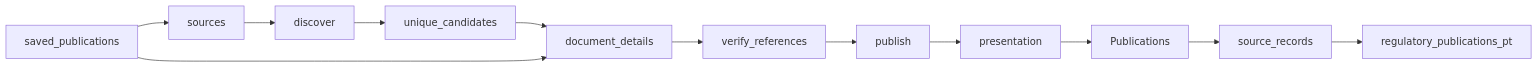
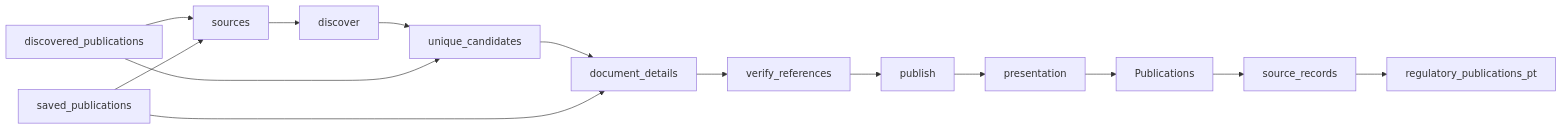
Before and after one commit to jsonifyco/public-datasets: the diagram in datasets/regulatory-radar-pt-54c83384de63/README.md, drawn with Mermaid. The commit also changed other lines of this file and 4 other files, not shown here.

````diff
--- a/datasets/regulatory-radar-pt-54c83384de63/README.md
+++ b/datasets/regulatory-radar-pt-54c83384de63/README.md
@@ -83,25 +83,28 @@
 ```mermaid
 flowchart LR
-  n0["saved#95;publications"]
-  n1["sources"]
-  n2["discover"]
-  n3["unique#95;candidates"]
-  n4["document#95;details"]
-  n5["verify#95;references"]
-  n6["publish"]
-  n7["presentation"]
-  n8["Publications"]
-  n9["source#95;records"]
-  n10["regulatory#95;publications#95;pt"]
-  n1 --> n2
+  n0["discovered#95;publications"]
+  n1["saved#95;publications"]
+  n2["sources"]
+  n3["discover"]
+  n4["unique#95;candidates"]
+  n5["document#95;details"]
+  n6["verify#95;references"]
+  n7["publish"]
+  n8["presentation"]
+  n9["Publications"]
+  n10["source#95;records"]
+  n11["regulatory#95;publications#95;pt"]
   n2 --> n3
   n3 --> n4
   n4 --> n5
   n5 --> n6
   n6 --> n7
   n7 --> n8
   n8 --> n9
   n9 --> n10
-  n0 --> n1
+  n10 --> n11
+  n0 --> n2
+  n1 --> n2
   n0 --> n4
+  n1 --> n5
 ```
````
